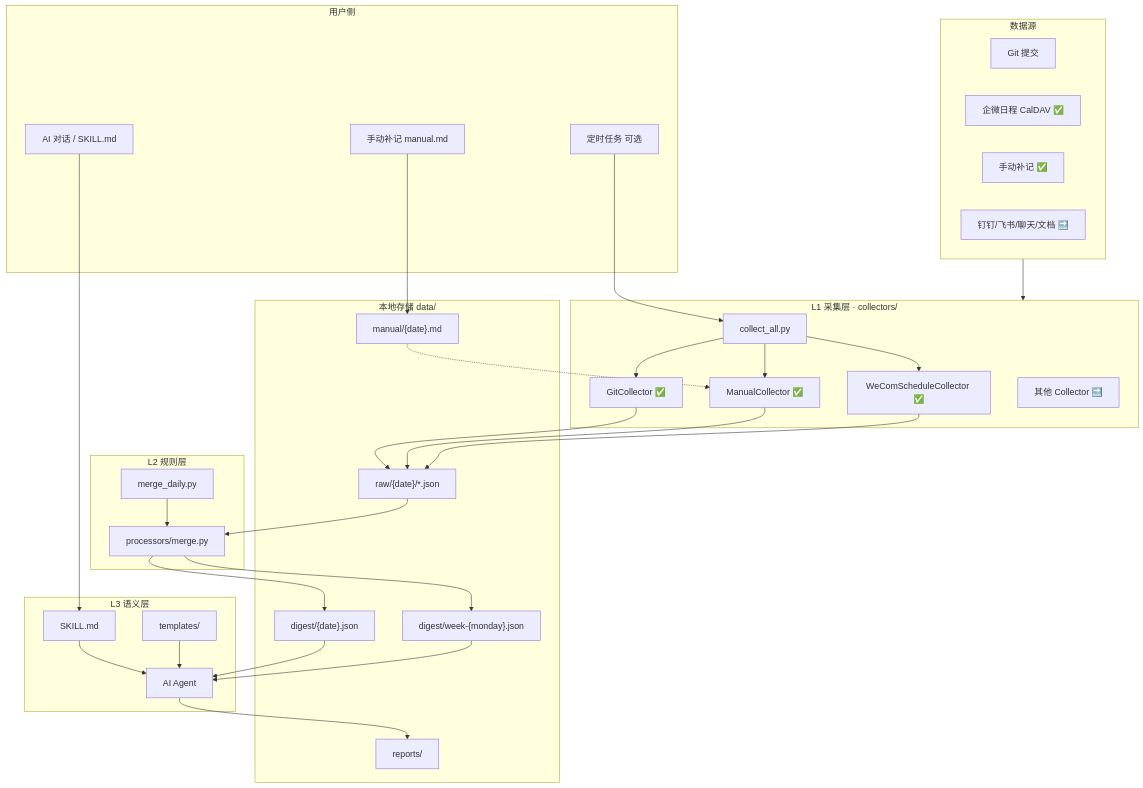
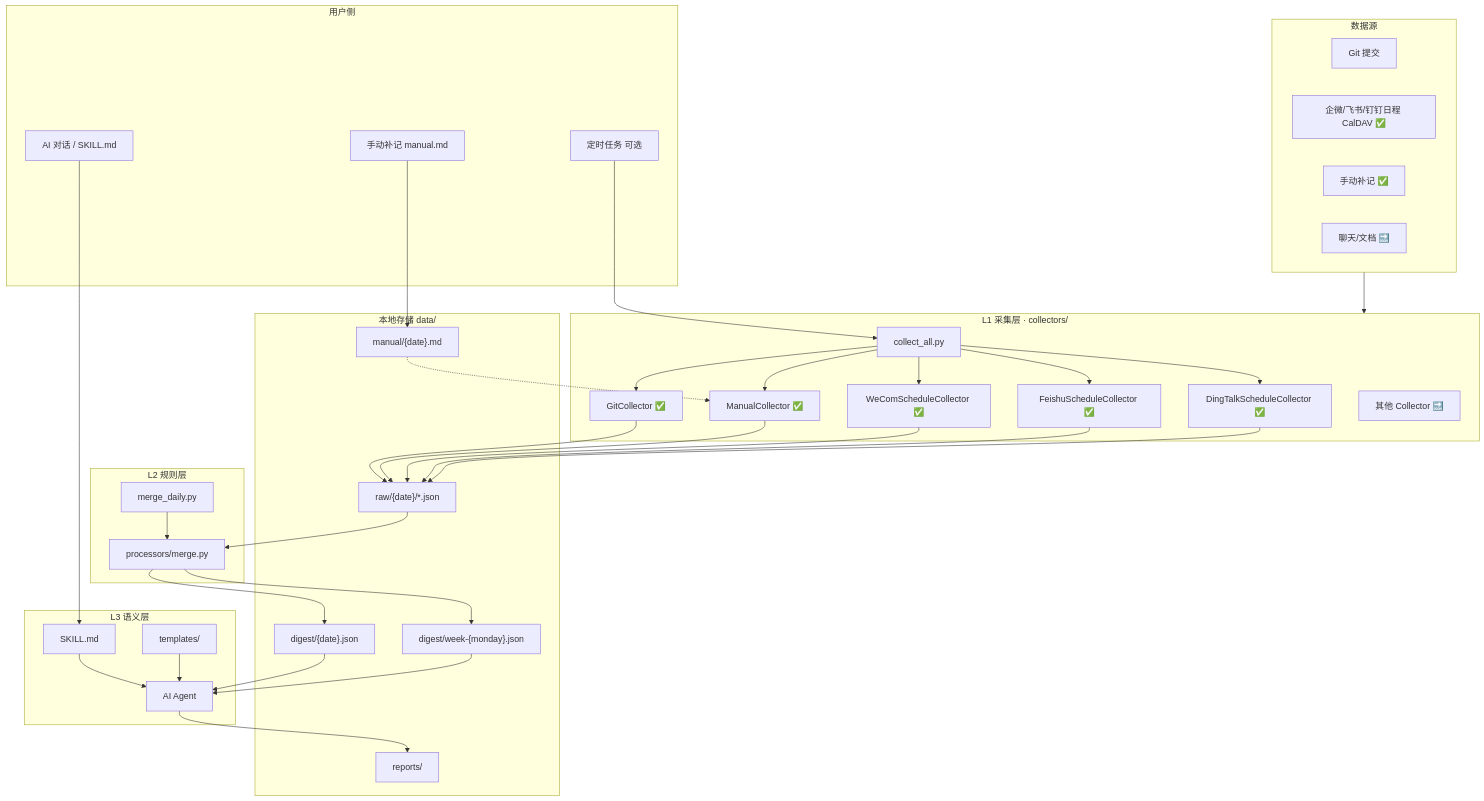
One commit to zhangfanghui8/daily-work-digest changed the first of 2 diagrams in docs/技术文档.md. Above: the diagram before and after it, drawn with Mermaid. The commit also changed other lines of this file and 10 other files, not shown here.

First line of the commit message:
feat: 支持飞书/钉钉 CalDAV 日程采集

````diff
--- a/docs/技术文档.md
+++ b/docs/技术文档.md
@@ -42,56 +42,58 @@
 ```mermaid
 flowchart TB
     subgraph User["用户侧"]
         U1[手动补记 manual.md]
         U2["AI 对话 / SKILL.md"]
         U3[定时任务 可选]
     end
 
     subgraph Sources["数据源"]
         S1[Git 提交]
-        S2[企微日程 CalDAV ✅]
+        S2[企微/飞书/钉钉日程 CalDAV ✅]
         S3[手动补记 ✅]
-        S4[钉钉/飞书/聊天/文档 🔜]
+        S4[聊天/文档 🔜]
     end
 
     subgraph L1["L1 采集层 · collectors/"]
         A0["collect_all.py"]
         A1["GitCollector ✅"]
         A2["ManualCollector ✅"]
         A3["WeComScheduleCollector ✅"]
+        A3b["FeishuScheduleCollector ✅"]
+        A3c["DingTalkScheduleCollector ✅"]
         A4["其他 Collector 🔜"]
     end
 
     subgraph Storage["本地存储 data/"]
         R["raw/{date}/*.json"]
         M["manual/{date}.md"]
         D["digest/{date}.json"]
         W["digest/week-{monday}.json"]
         RP["reports/"]
     end
 
     subgraph L2["L2 规则层"]
         M1["merge_daily.py"]
         M2["processors/merge.py"]
     end
 
     subgraph L3["L3 语义层"]
         SK["SKILL.md"]
         AG[AI Agent]
         T[templates/]
     end
 
     U3 --> A0
     U1 --> M
     Sources --> L1
-    A0 --> A1 & A2 & A3
-    A1 & A2 & A3 --> R
+    A0 --> A1 & A2 & A3 & A3b & A3c
+    A1 & A2 & A3 & A3b & A3c --> R
     M -.-> A2
     R --> M2
     M1 --> M2
     M2 --> D & W
     D & W --> AG
     SK & T --> AG
     U2 --> SK
     AG --> RP
 ```
````
